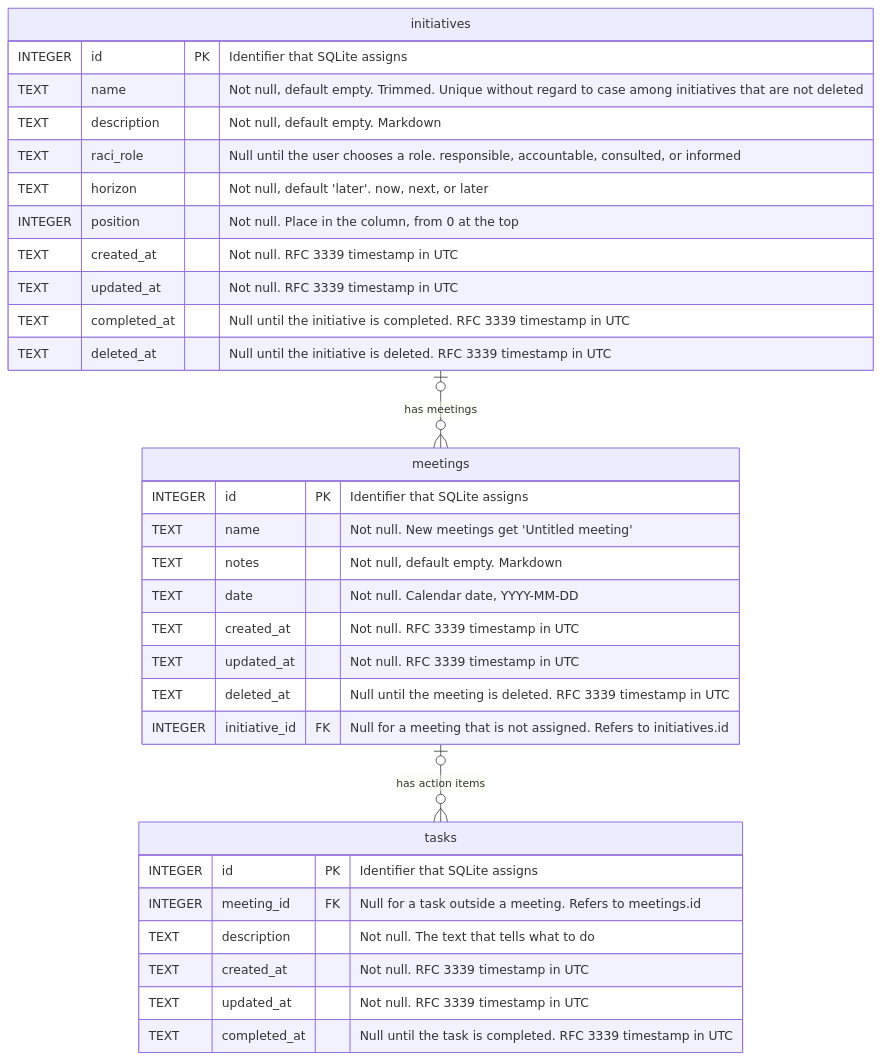
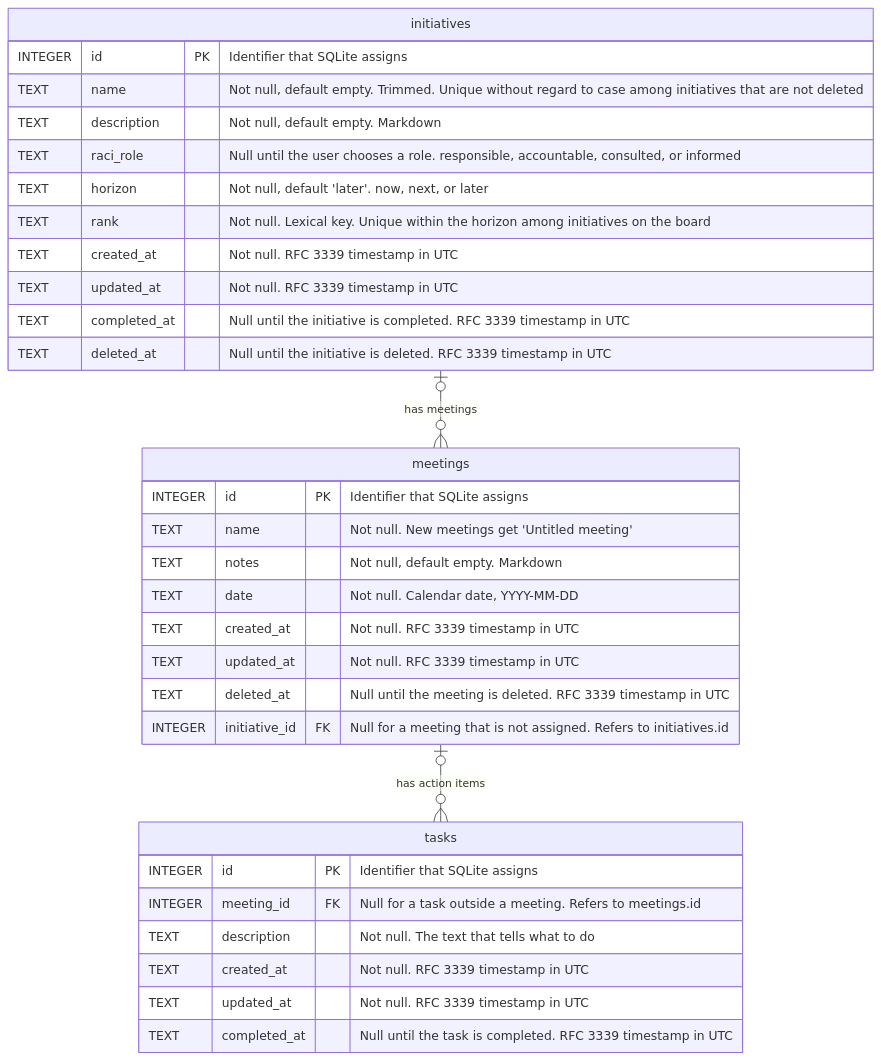
The diagram in docs/data-model.md (marclove/gps), drawn with Mermaid before and after one commit. The commit also changed other lines of this file and 9 other files, not shown here.

First line of the commit message:
Order initiatives by rank

````diff
--- a/docs/data-model.md
+++ b/docs/data-model.md
@@ -5,35 +5,35 @@
 ```mermaid
 erDiagram
     meetings {
         INTEGER id PK "Identifier that SQLite assigns"
         TEXT name "Not null. New meetings get 'Untitled meeting'"
         TEXT notes "Not null, default empty. Markdown"
         TEXT date "Not null. Calendar date, YYYY-MM-DD"
         TEXT created_at "Not null. RFC 3339 timestamp in UTC"
         TEXT updated_at "Not null. RFC 3339 timestamp in UTC"
         TEXT deleted_at "Null until the meeting is deleted. RFC 3339 timestamp in UTC"
         INTEGER initiative_id FK "Null for a meeting that is not assigned. Refers to initiatives.id"
     }
     tasks {
         INTEGER id PK "Identifier that SQLite assigns"
         INTEGER meeting_id FK "Null for a task outside a meeting. Refers to meetings.id"
         TEXT description "Not null. The text that tells what to do"
         TEXT created_at "Not null. RFC 3339 timestamp in UTC"
         TEXT updated_at "Not null. RFC 3339 timestamp in UTC"
         TEXT completed_at "Null until the task is completed. RFC 3339 timestamp in UTC"
     }
     initiatives {
         INTEGER id PK "Identifier that SQLite assigns"
         TEXT name "Not null, default empty. Trimmed. Unique without regard to case among initiatives that are not deleted"
         TEXT description "Not null, default empty. Markdown"
         TEXT raci_role "Null until the user chooses a role. responsible, accountable, consulted, or informed"
         TEXT horizon "Not null, default 'later'. now, next, or later"
-        INTEGER position "Not null. Place in the column, from 0 at the top"
+        TEXT rank "Not null. Lexical key. Unique within the horizon among initiatives on the board"
         TEXT created_at "Not null. RFC 3339 timestamp in UTC"
         TEXT updated_at "Not null. RFC 3339 timestamp in UTC"
         TEXT completed_at "Null until the initiative is completed. RFC 3339 timestamp in UTC"
         TEXT deleted_at "Null until the initiative is deleted. RFC 3339 timestamp in UTC"
     }
     meetings |o--o{ tasks : "has action items"
     initiatives |o--o{ meetings : "has meetings"
 ```
````
